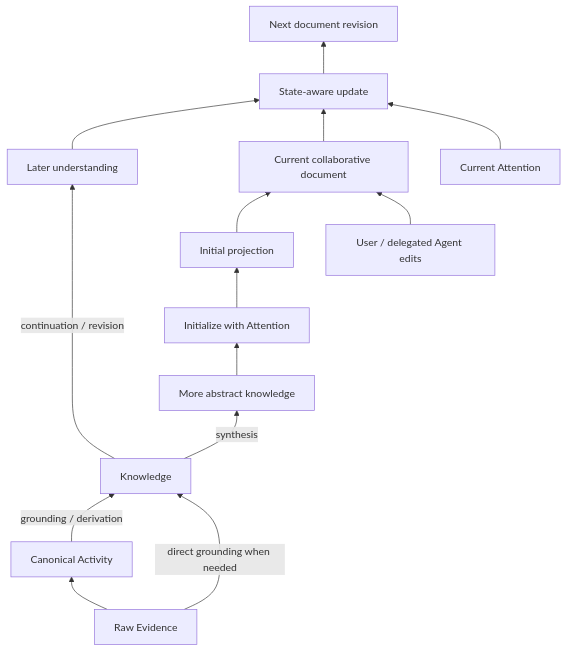
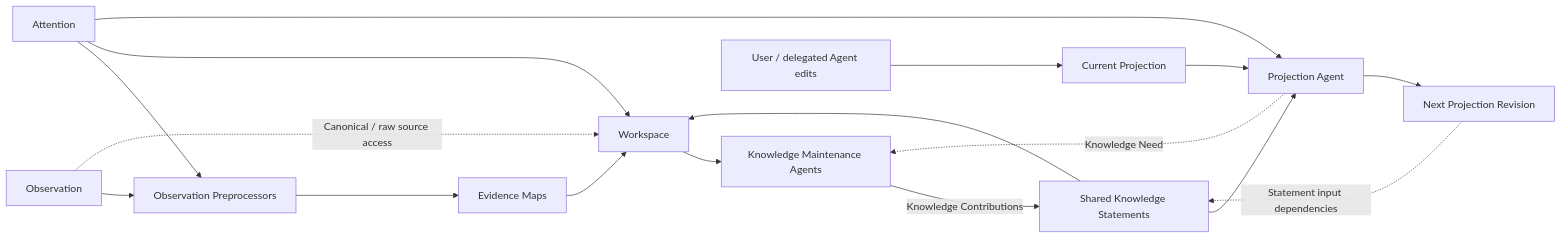
Before and after one commit to shore-x/oyster: the diagram in docs/architecture/knowledge-model-and-projection.md, drawn with Mermaid. The commit also changed other lines of this file and 85 other files, not shown here.

````diff
--- a/docs/architecture/knowledge-model-and-projection.md
+++ b/docs/architecture/knowledge-model-and-projection.md
@@ -85,16 +236,19 @@
 ```mermaid
-flowchart BT
-  E1["Raw Evidence"] --> A["Canonical Activity"]
-  A -->|"grounding / derivation"| K1["Knowledge"]
-  E1 -->|"direct grounding when needed"| K1
-  K1 -->|"synthesis"| K2["More abstract knowledge"]
-  K1 -->|"continuation / revision"| K3["Later understanding"]
-  K2 --> I["Initialize with Attention"]
-  I --> P0["Initial projection"]
-  P0 --> Pn["Current collaborative document"]
-  U["User / delegated Agent edits"] --> Pn
-  K3 --> X["State-aware update"]
-  Pn --> X
-  AT["Current Attention"] --> X
-  X --> Pnext["Next document revision"]
+flowchart LR
+  O["Observation"] --> PP["Observation Preprocessors"]
+  PP --> E["Evidence Maps"]
+  AT["Attention"] --> PP
+  E --> W["Workspace"]
+  O -. "Canonical / raw source access" .-> W
+  K["Shared Knowledge Statements"] --> W
+  AT --> W
+  W --> KA["Knowledge Maintenance Agents"]
+  KA -->|"Knowledge Contributions"| K
+  K --> PA["Projection Agent"]
+  AT --> PA
+  P["Current Projection"] --> PA
+  PA --> PN["Next Projection Revision"]
+  PN -. "Statement input dependencies" .-> K
+  PA -. "Knowledge Need" .-> KA
+  U["User / delegated Agent edits"] --> P
 ```
````
